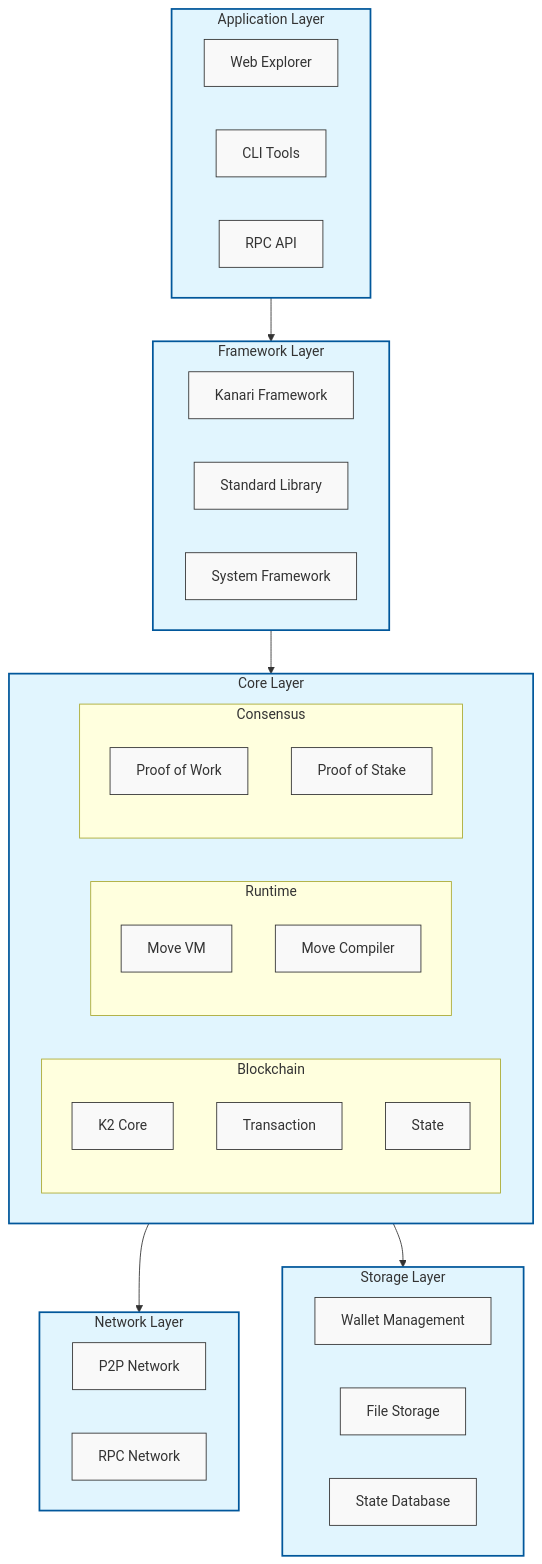
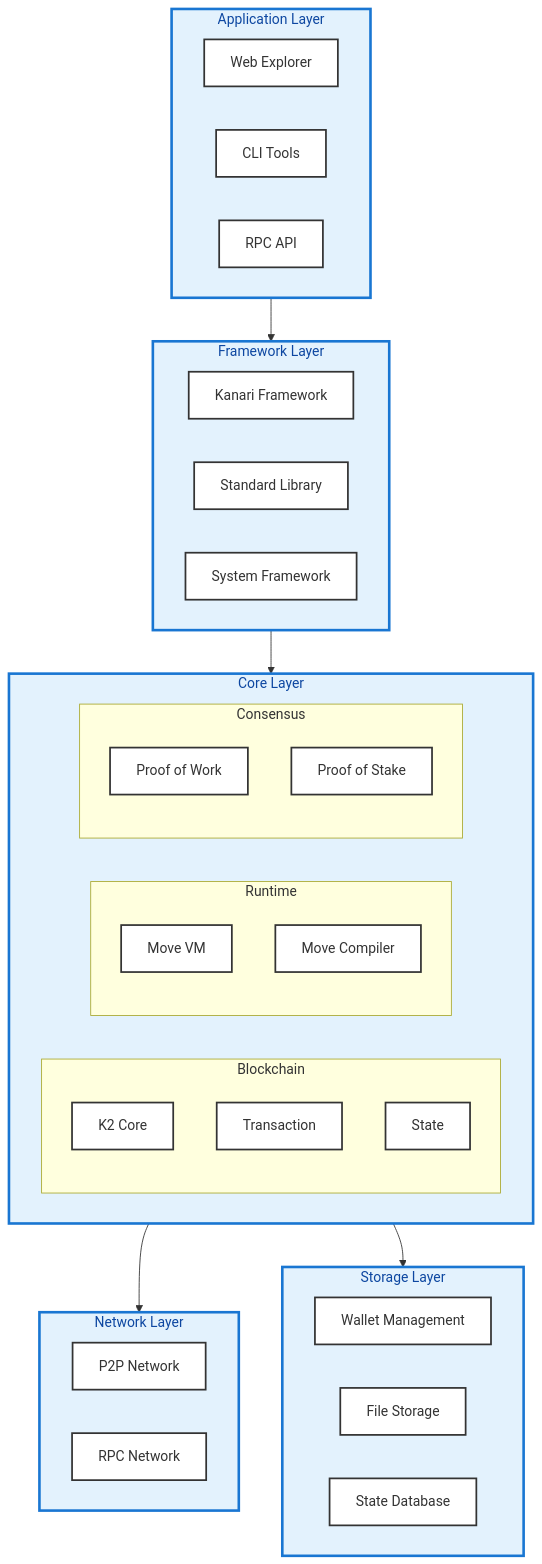
The diagram in README.md (kanari-network/kanari-sdk), drawn with Mermaid before and after one commit.

Commit message:
Enhance README flowchart styling: update class definitions for default, layer, critical, storage, and network styles

````diff
--- a/README.md
+++ b/README.md
@@ -5,56 +5,59 @@
 ```mermaid
 flowchart TB
     %% Main Layers
     subgraph Application["Application Layer"]
         WebExplorer["Web Explorer"]
         CLI["CLI Tools"]
         RPC["RPC API"]
     end
 
     subgraph Framework["Framework Layer"]
         KanariFramework["Kanari Framework"]
         StandardLib["Standard Library"]
         SystemFramework["System Framework"]
     end
 
     subgraph Core["Core Layer"]
         subgraph Blockchain
             K2Core["K2 Core"]
             Transaction
             State
         end
         
         subgraph Runtime
             MoveVM["Move VM"]
             MoveCompiler["Move Compiler"]
         end
 
         subgraph Consensus
             PoW["Proof of Work"]
             PoS["Proof of Stake"]
         end
     end
 
     subgraph Network["Network Layer"]
         P2P["P2P Network"]
         RPCNetwork["RPC Network"]
     end
 
     subgraph Storage["Storage Layer"]
         WalletMgmt["Wallet Management"]
         FileStorage["File Storage"]
         StateDB["State Database"]
     end
 
     %% Relationships
     Application --> Framework
     Framework --> Core
     Core --> Network
     Core --> Storage
 
     %% Styling
-    classDef default fill:#f9f9f9,stroke:#333,stroke-width:1px
-    classDef layer fill:#e1f5fe,stroke:#01579b,stroke-width:2px
+    classDef default fill:#ffffff,stroke:#333,stroke-width:2px,color:#333
+    classDef layer fill:#e3f2fd,stroke:#1976d2,stroke-width:3px,color:#0d47a1
+    classDef critical fill:#fff8e1,stroke:#ffa000,stroke-width:3px,color:#ff6f00
+    classDef storage fill:#e8f5e9,stroke:#388e3c,stroke-width:2px,color:#1b5e20
+    classDef network fill:#fce4ec,stroke:#c2185b,stroke-width:2px,color:#880e4f
     class Application,Framework,Core,Network,Storage layer
    
 ```
````
